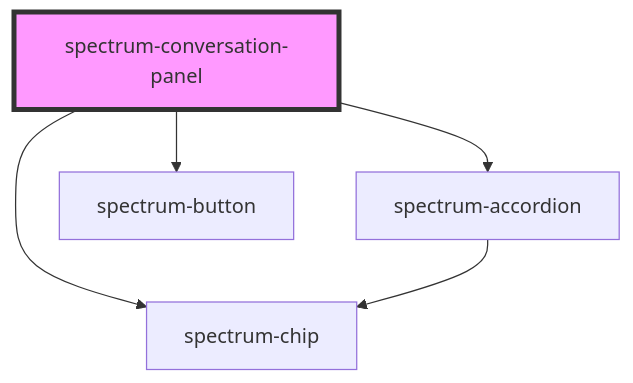
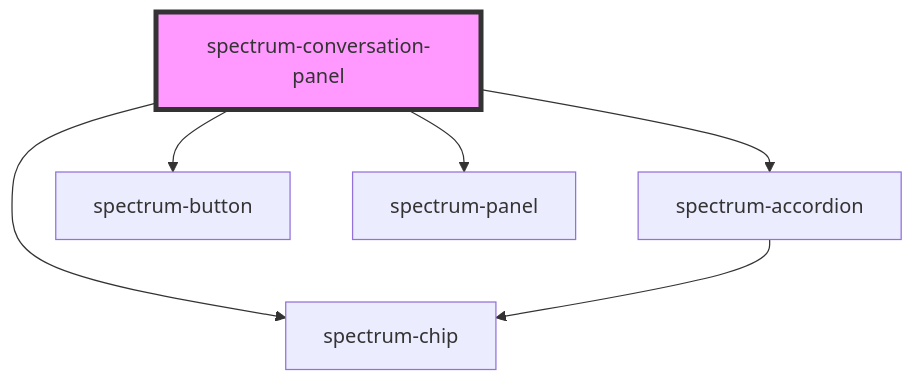
The diagram in packages/core/src/components/spectrum-conversation-panel/readme.md (emamirelar/spectrum), drawn with Mermaid before and after one commit. The commit also changed other lines of this file and 41 other files, not shown here.

````diff
--- a/packages/core/src/components/spectrum-conversation-panel/readme.md
+++ b/packages/core/src/components/spectrum-conversation-panel/readme.md
@@ -54,8 +56,9 @@
 ```mermaid
 graph TD;
   spectrum-conversation-panel --> spectrum-accordion
   spectrum-conversation-panel --> spectrum-button
   spectrum-conversation-panel --> spectrum-chip
+  spectrum-conversation-panel --> spectrum-panel
   spectrum-accordion --> spectrum-chip
   style spectrum-conversation-panel fill:#f9f,stroke:#333,stroke-width:4px
 ```
````
